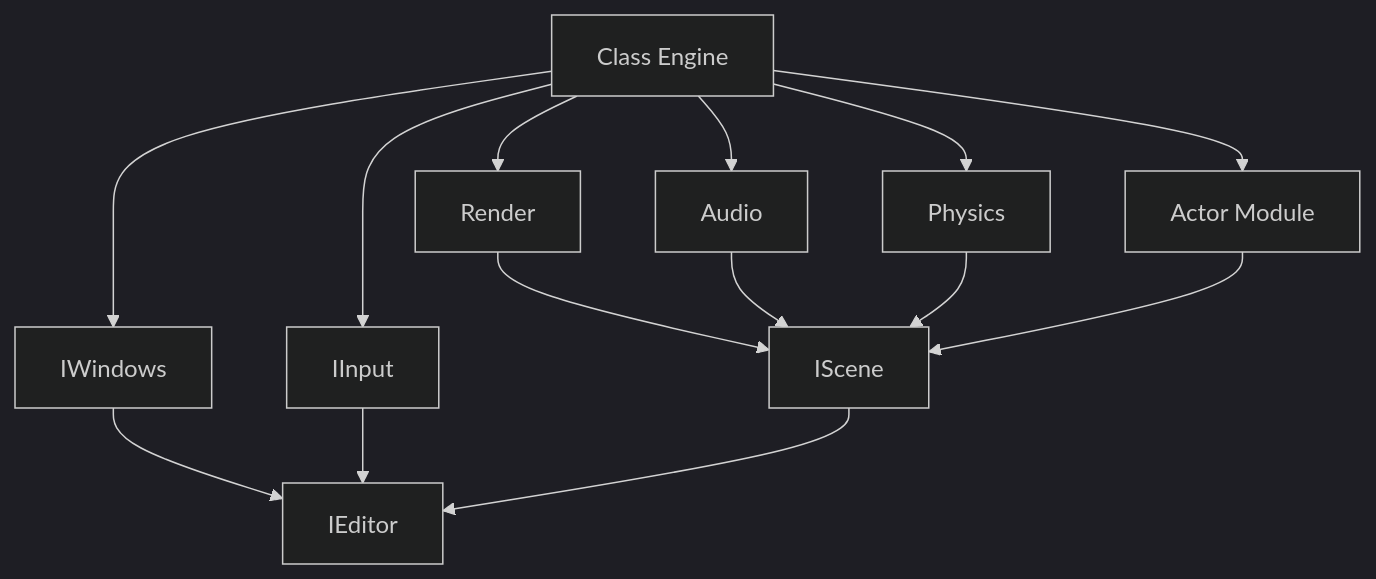
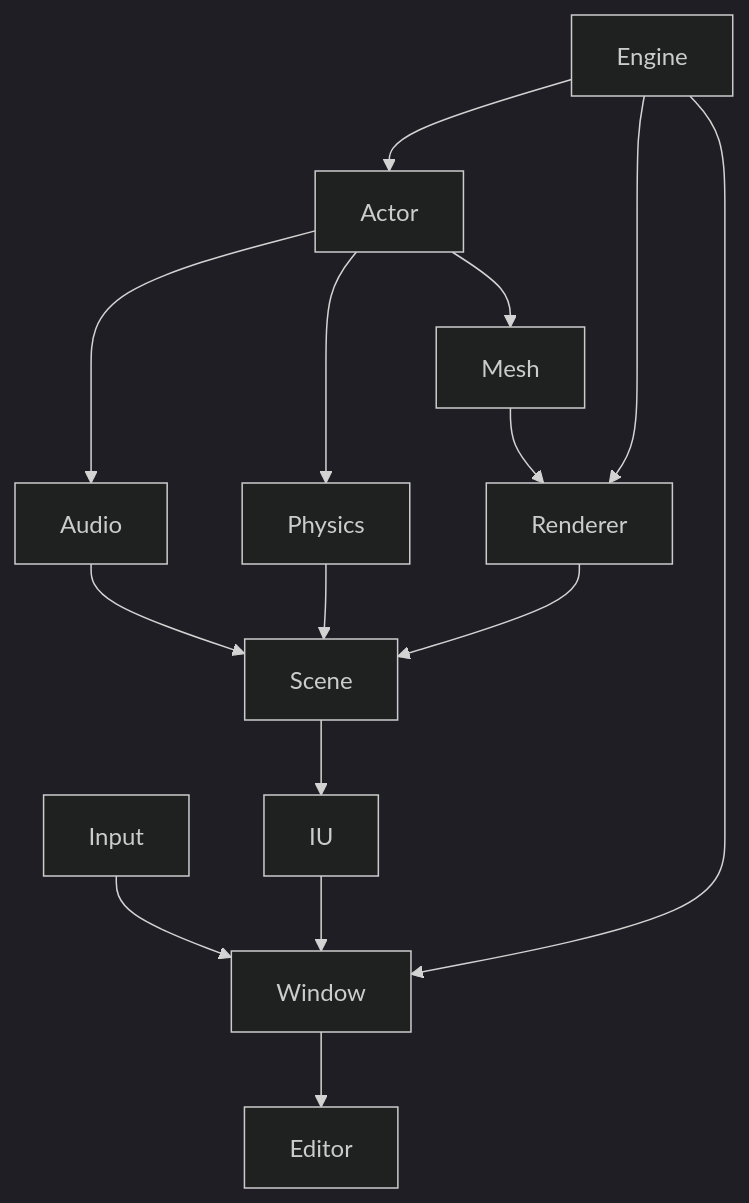
One commit to GamingCampus-MillieBourgois-25-26/moteur-3d-potato-engine changed the second of 3 diagrams in README.md. Above: the diagram before and after it, drawn with Mermaid (dark theme). The commit also changed other lines of this file, not shown here.

First line of the commit message:
Revise architecture and class diagrams in READMEtdd mise a jour

````diff
--- a/README.md
+++ b/README.md
@@ -120,16 +121,17 @@
 ```mermaid
 graph TD;
-    A[Class Engine] --> B[Actor Module];
-    A --> C[Audio];
-    A --> D[Physics];
-    A --> E[Render];
-    A --> F[IInput];
-    A --> G[IWindows]
-    G[IWindows]-->H[IEditor]
-    F-->H[IEditor]
-    E-->I[IScene]
-    C-->I[IScene]
-    D-->I[IScene]
-    I-->H
-    B-->I
+    A[Engine] --> B[Actor];
+    B --> C[Audio];
+    B --> D[Physics];
+    B --> K[Mesh]
+    K --> E
+    A --> E[Renderer];
+    A --> G[Window]
+    G[Window]-->H[Editor]
+    F[Input]-->G
+    E-->I[Scene]
+    C-->I
+    D-->I
+    I -->L[IU]
+    L -->G
 ```
````
